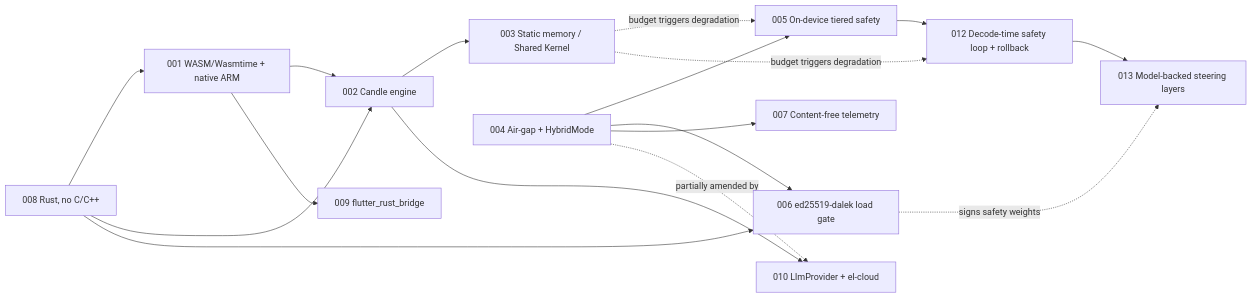
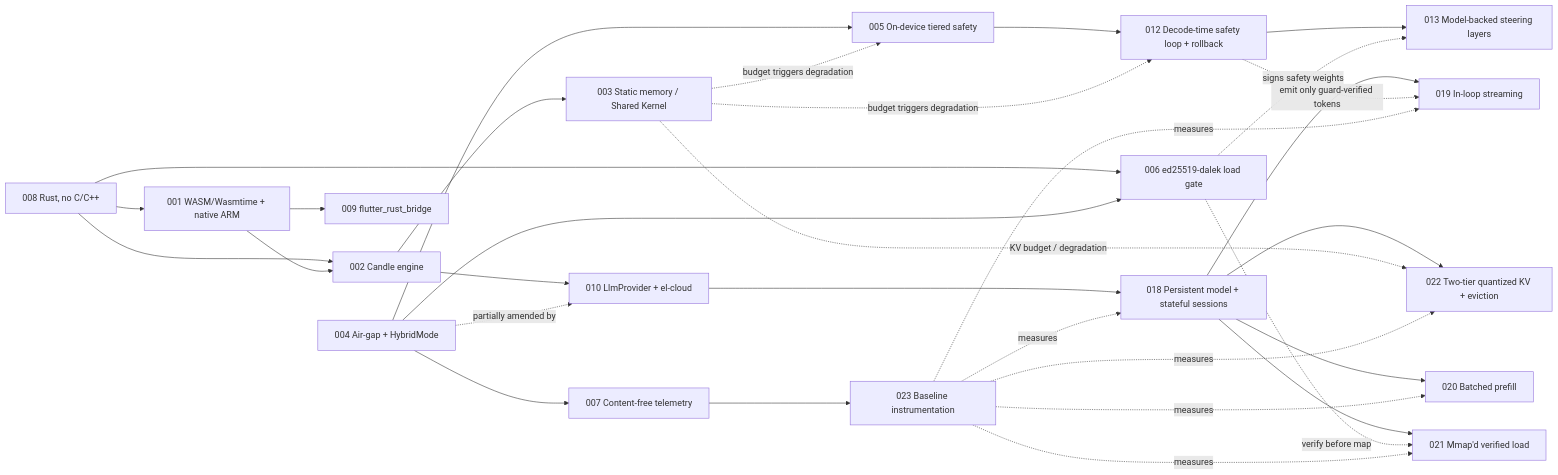
Before and after one commit to Tovli/EdgeIntelligence: the diagram in docs/adr/README.md, drawn with Mermaid. The commit also changed other lines of this file and 7 other files, not shown here.

First line of the commit message:
docs(adr): add ADR-018..023 for the P0 edge-inference performance milestone

````diff
--- a/docs/adr/README.md
+++ b/docs/adr/README.md
@@ -27,19 +33,35 @@
 ```mermaid
 flowchart LR
     A008[008 Rust, no C/C++] --> A001[001 WASM/Wasmtime + native ARM]
     A008 --> A002[002 Candle engine]
     A008 --> A006[006 ed25519-dalek load gate]
     A001 --> A002
     A001 --> A009[009 flutter_rust_bridge]
     A002 --> A003[003 Static memory / Shared Kernel]
     A002 --> A010[010 LlmProvider + el-cloud]
     A004[004 Air-gap + HybridMode] --> A005[005 On-device tiered safety]
     A004 --> A006
     A004 --> A007[007 Content-free telemetry]
     A004 -. partially amended by .-> A010
     A003 -. budget triggers degradation .-> A005
     A005 --> A012[012 Decode-time safety loop + rollback]
     A012 --> A013[013 Model-backed steering layers]
     A003 -. budget triggers degradation .-> A012
     A006 -. signs safety weights .-> A013
+
+    %% P0 performance milestone (docs/research/improvements-plan.md, EPIC 1-4)
+    A010 --> A018[018 Persistent model + stateful sessions]
+    A018 --> A019[019 In-loop streaming]
+    A012 -. emit only guard-verified tokens .-> A019
+    A018 --> A020[020 Batched prefill]
+    A018 --> A021[021 Mmap'd verified load]
+    A006 -. verify before map .-> A021
+    A018 --> A022[022 Two-tier quantized KV + eviction]
+    A003 -. KV budget / degradation .-> A022
+    A007 --> A023[023 Baseline instrumentation]
+    A023 -. measures .-> A018
+    A023 -. measures .-> A019
+    A023 -. measures .-> A020
+    A023 -. measures .-> A021
+    A023 -. measures .-> A022
 ```
````
